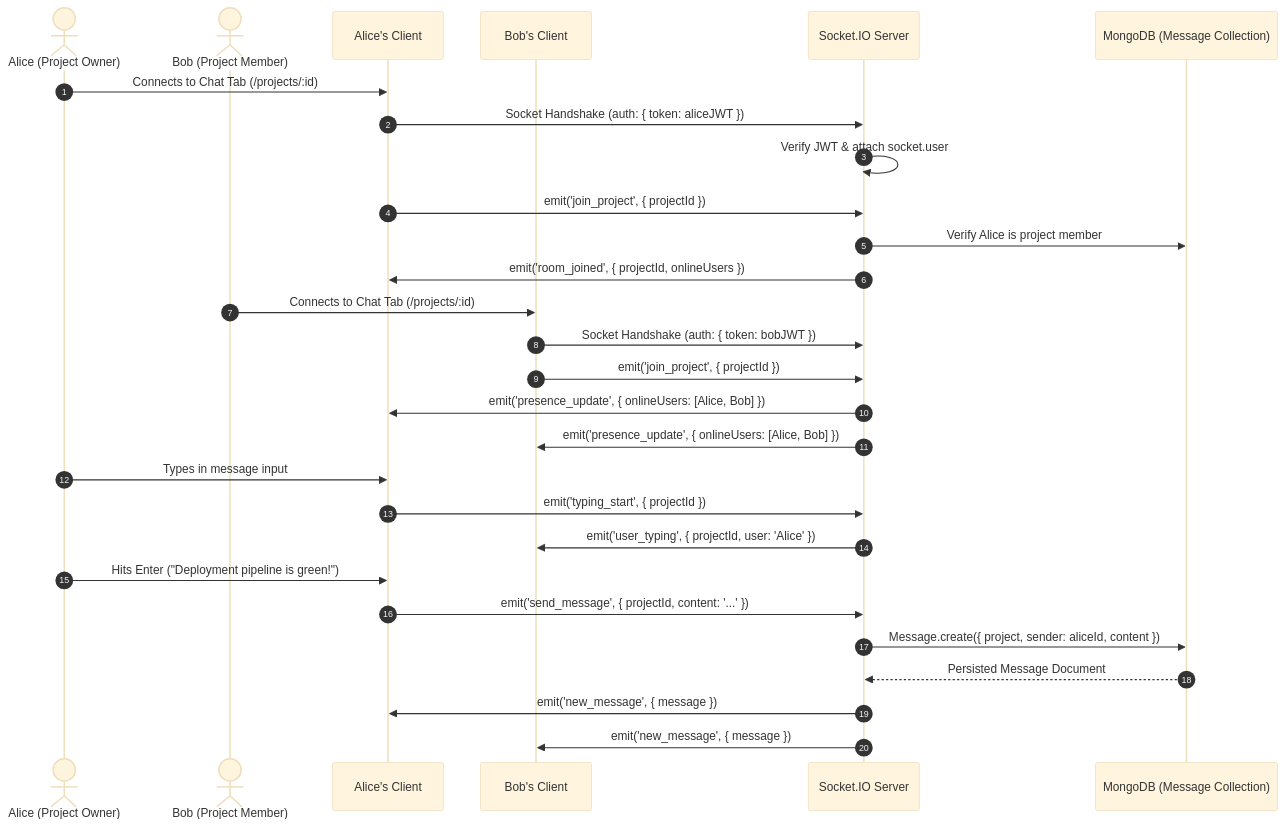
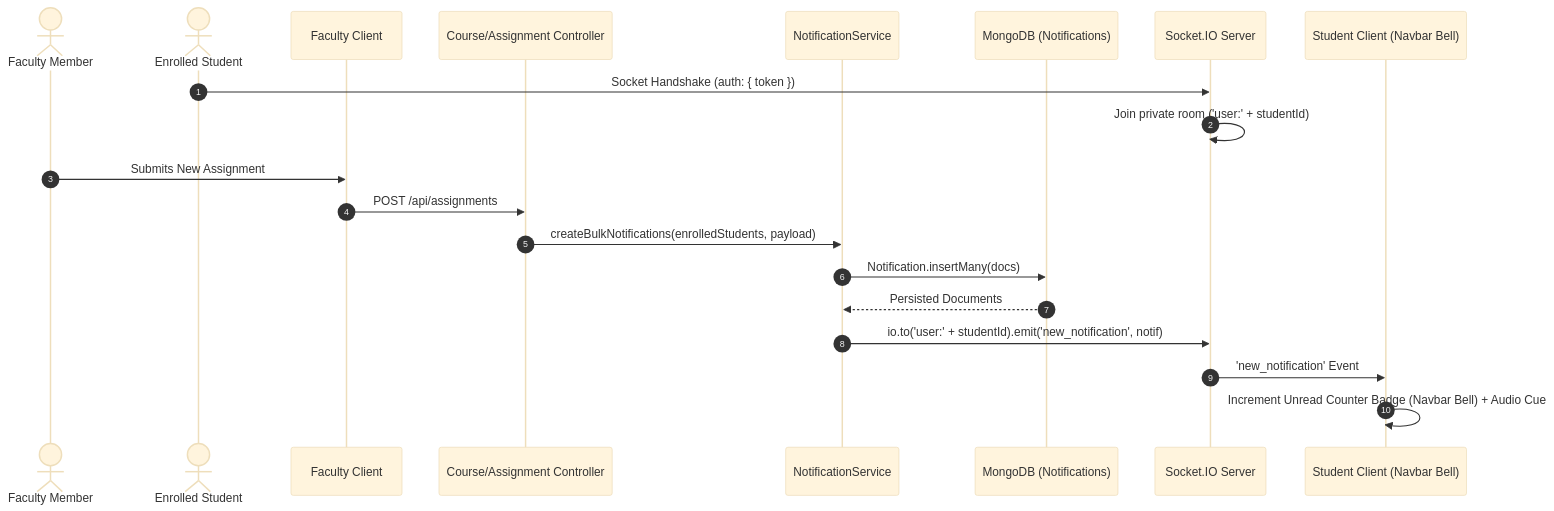
One commit to kubervaidya24-max/CAMPUSFLOW changed the second of 3 diagrams in docs/architecture.md. Above: the diagram before and after it, drawn with Mermaid (base theme). The commit also changed other lines of this file and 19 other files, not shown here.

````diff
--- a/docs/architecture.md
+++ b/docs/architecture.md
@@ -43,34 +27,24 @@
 ```mermaid
 sequenceDiagram
     autonumber
-    actor Alice as Alice (Project Owner)
-    actor Bob as Bob (Project Member)
-    participant ClientA as Alice's Client
-    participant ClientB as Bob's Client
+    actor Faculty as Faculty Member
+    actor Student as Enrolled Student
+    participant ClientF as Faculty Client
+    participant Controller as Course/Assignment Controller
+    participant Service as NotificationService
+    participant DB as MongoDB (Notifications)
     participant Socket as Socket.IO Server
-    participant DB as MongoDB (Message Collection)
+    participant ClientS as Student Client (Navbar Bell)
 
-    Alice->>ClientA: Connects to Chat Tab (/projects/:id)
-    ClientA->>Socket: Socket Handshake (auth: { token: aliceJWT })
-    Socket->>Socket: Verify JWT & attach socket.user
-    ClientA->>Socket: emit('join_project', { projectId })
-    Socket->>DB: Verify Alice is project member
-    Socket->>ClientA: emit('room_joined', { projectId, onlineUsers })
+    Student->>Socket: Socket Handshake (auth: { token })
+    Socket->>Socket: Join private room ('user:' + studentId)
 
-    Bob->>ClientB: Connects to Chat Tab (/projects/:id)
-    ClientB->>Socket: Socket Handshake (auth: { token: bobJWT })
-    ClientB->>Socket: emit('join_project', { projectId })
-    Socket->>ClientA: emit('presence_update', { onlineUsers: [Alice, Bob] })
-    Socket->>ClientB: emit('presence_update', { onlineUsers: [Alice, Bob] })
-
-    Alice->>ClientA: Types in message input
-    ClientA->>Socket: emit('typing_start', { projectId })
-    Socket->>ClientB: emit('user_typing', { projectId, user: 'Alice' })
-
-    Alice->>ClientA: Hits Enter ("Deployment pipeline is green!")
-    ClientA->>Socket: emit('send_message', { projectId, content: '...' })
-    Socket->>DB: Message.create({ project, sender: aliceId, content })
-    DB-->>Socket: Persisted Message Document
-    Socket->>ClientA: emit('new_message', { message })
-    Socket->>ClientB: emit('new_message', { message })
+    Faculty->>ClientF: Submits New Assignment
+    ClientF->>Controller: POST /api/assignments
+    Controller->>Service: createBulkNotifications(enrolledStudents, payload)
+    Service->>DB: Notification.insertMany(docs)
+    DB-->>Service: Persisted Documents
+    Service->>Socket: io.to('user:' + studentId).emit('new_notification', notif)
+    Socket->>ClientS: 'new_notification' Event
+    ClientS->>ClientS: Increment Unread Counter Badge (Navbar Bell) + Audio Cue
 ```
````
